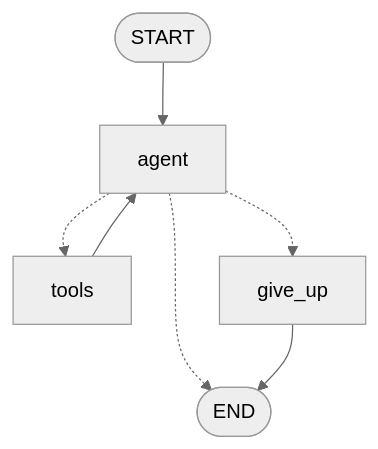
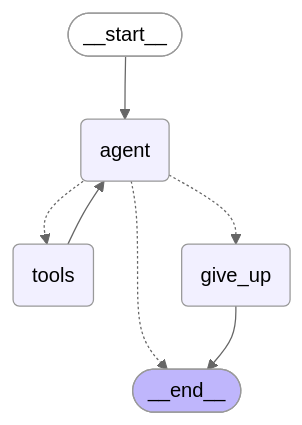
The diagram in Week_07/docs/week7-agent-loop-notes.md (Qasimabbasi786/AI-Software-Development-Internship-NexaSolutions), drawn with Mermaid (neutral theme) before and after one commit. The commit also changed other lines of this file and 5 other files, not shown here.

Commit message:
feat: add LangGraph agent loop with step limit and give-up node

````diff
--- a/Week_07/docs/week7-agent-loop-notes.md
+++ b/Week_07/docs/week7-agent-loop-notes.md
@@ -36,9 +64,17 @@
 ```mermaid
-graph TD
-    __start__([START]) --> agent
-    agent -.-> tools
-    agent -.-> give_up
-    agent -.-> __end__([END])
-    tools --> agent
-    give_up --> __end__
+graph TD;
+	__start__([__start__]):::first
+	agent(agent)
+	tools(tools)
+	give_up(give_up)
+	__end__([__end__]):::last
+	__start__ --> agent;
+	agent -.-> __end__;
+	agent -.-> give_up;
+	agent -.-> tools;
+	tools --> agent;
+	give_up --> __end__;
+	classDef default fill:#f2f0ff,line-height:1.2
+	classDef first fill-opacity:0
+	classDef last fill:#bfb6fc
 ```
````
